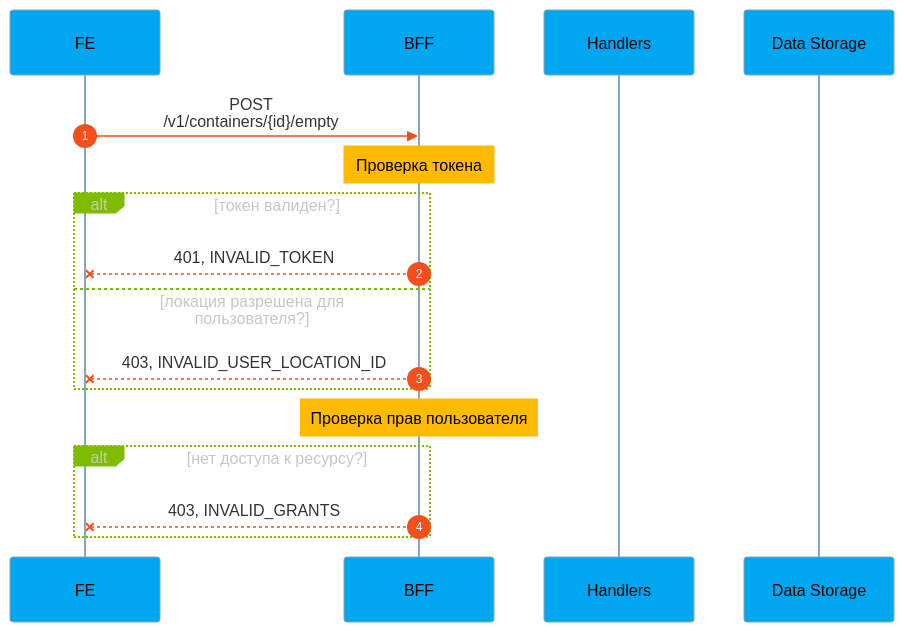
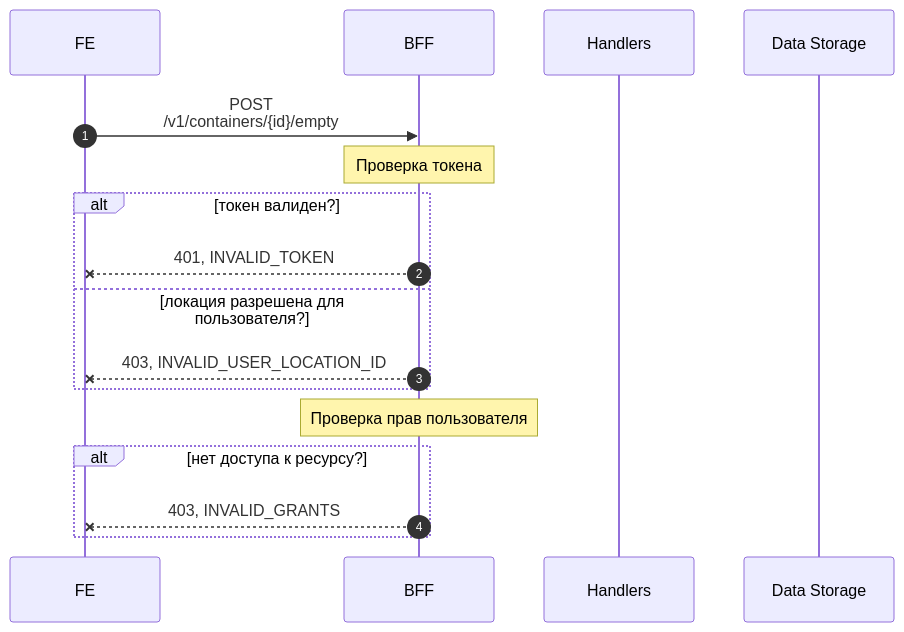
The diagram in README.md (step1989/notes), drawn with Mermaid before and after one commit.

````diff
--- a/README.md
+++ b/README.md
@@ -6,41 +6,26 @@
 ```mermaid
 %%{init: 
 {
   "theme": "forest",
-  "themeVariables": {
-    "nodeBorder" : "#004990",
-    "mainBkg" : "#c9d7e4",
-    "actorBkg" : "#01A6F0",
-    "signalColor" : "#F34F1C",
-    "textColor" : "#747474",
-    "loopTextColor" : "#C7C7C7",
-    "labelTextColor" : "#C7C7C7",
-    "labelBoxBorderColor" : "#7FBC00",
-    "labelBoxBkgColor" : "#7FBC00",
-    "noteBkgColor" : "#FFBA01",
-    "noteBorderColor": "#FFBA01",
-    "fontFamily": "Inter",
-    "fontSize": "13px"
- }
 }
 }%%
 sequenceDiagram
     autonumber
     participant FE
     participant BFF
     participant H as Handlers
     participant DS as Data Storage
 
     FE->>BFF: POST<br/>/v1/containers/{id}/empty
     note over BFF: Проверка токена
     alt токен валиден?
         BFF--xFE: 401, INVALID_TOKEN
     else локация разрешена для пользователя?
         BFF--xFE: 403, INVALID_USER_LOCATION_ID
     end
     note over BFF: Проверка прав пользователя
     alt нет доступа к ресурсу?
         BFF--xFE: 403, INVALID_GRANTS
     end
     activate BFF
 ```
````
